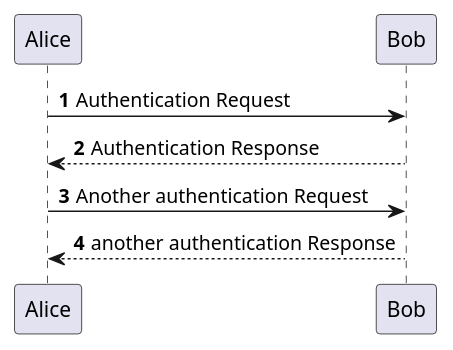
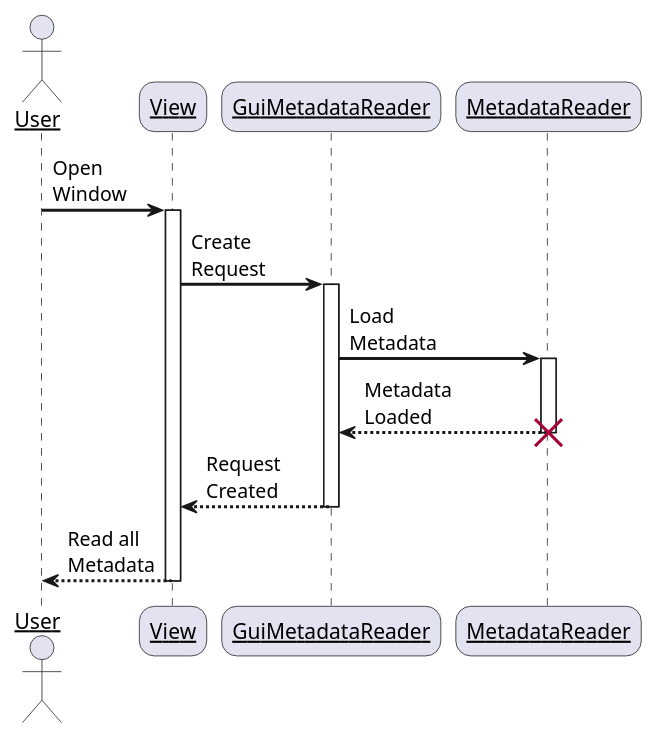
Before and after one commit to GeoKrom/NTUA-Technologies-and-Applications-of-Additive-Manufacturing-3D-Printing-course: the diagram in UML Sequence Diagram 3MFGui.puml, drawn with PlantUML. The commit also changed 4 other files, not shown here.

```diff
--- a/UML Sequence Diagram 3MFGui.puml
+++ b/UML Sequence Diagram 3MFGui.puml
@@ -1,11 +1,31 @@
 @startuml
 'https://plantuml.com/sequence-diagram
 
-autonumber
+skinparam sequenceArrowThickness 2
+skinparam roundcorner 20
+skinparam maxmessagesize 60
+skinparam sequenceParticipant underline
 
-Alice -> Bob: Authentication Request
-Bob --> Alice: Authentication Response
+actor User
+participant "View" as A
+participant "GuiMetadataReader" as B
+participant "MetadataReader" as C
 
-Alice -> Bob: Another authentication Request
-Alice <-- Bob: another authentication Response
+User -> A: Open Window
+activate A
+
+A -> B: Create Request
+activate B
+
+B -> C: Load Metadata
+activate C
+C --> B: Metadata Loaded
+destroy C
+
+B --> A: Request Created
+deactivate B
+
+A --> User: Read all Metadata
+deactivate A
+
 @enduml
```
